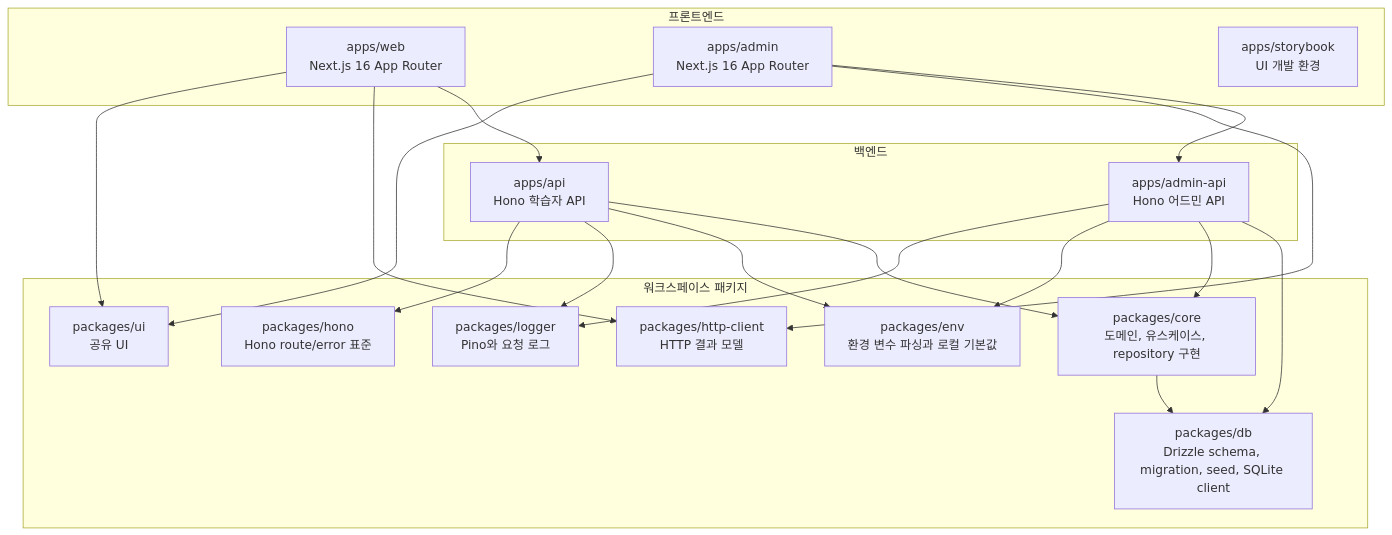
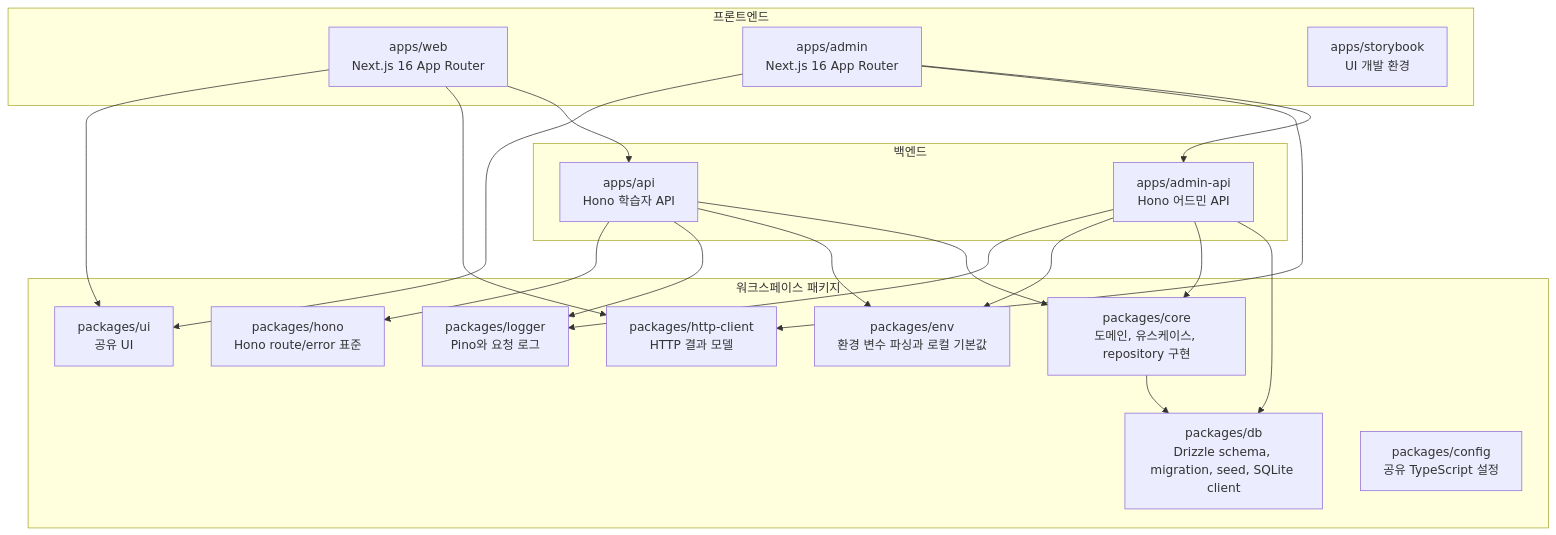
The second of 2 diagrams in docs/engineering/system-overview.md (qaws7791/writing-app), drawn with Mermaid before and after one commit. The commit also changed other lines of this file and 9 other files, not shown here.

````diff
--- a/docs/engineering/system-overview.md
+++ b/docs/engineering/system-overview.md
@@ -33,39 +33,40 @@
 ```mermaid
 flowchart TB
   subgraph frontend["프론트엔드"]
     web["apps/web\nNext.js 16 App Router"]
     admin["apps/admin\nNext.js 16 App Router"]
     storybook["apps/storybook\nUI 개발 환경"]
   end
 
   subgraph backend["백엔드"]
     api["apps/api\nHono 학습자 API"]
     adminApi["apps/admin-api\nHono 어드민 API"]
   end
 
   subgraph packages["워크스페이스 패키지"]
     core["packages/core\n도메인, 유스케이스, repository 구현"]
     dbpkg["packages/db\nDrizzle schema, migration, seed, SQLite client"]
     ui["packages/ui\n공유 UI"]
+    config["packages/config\n공유 TypeScript 설정"]
     hono["packages/hono\nHono route/error 표준"]
     env["packages/env\n환경 변수 파싱과 로컬 기본값"]
     logger["packages/logger\nPino와 요청 로그"]
     httpClient["packages/http-client\nHTTP 결과 모델"]
   end
 
   web --> ui
   web --> httpClient
   web --> api
   admin --> ui
   admin --> httpClient
   admin --> adminApi
   api --> hono
   api --> logger
   api --> env
   api --> core
   adminApi --> logger
   adminApi --> env
   adminApi --> core
   adminApi --> dbpkg
   core --> dbpkg
 ```
````
